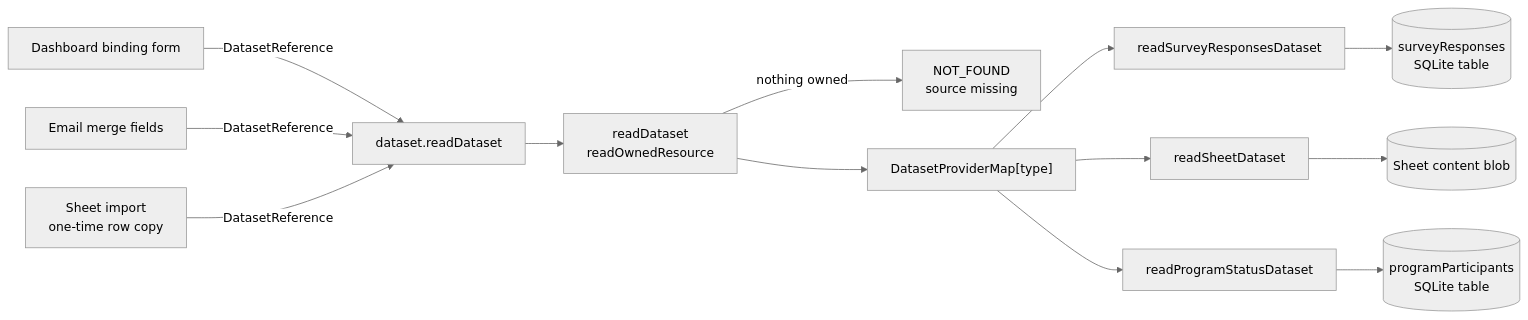
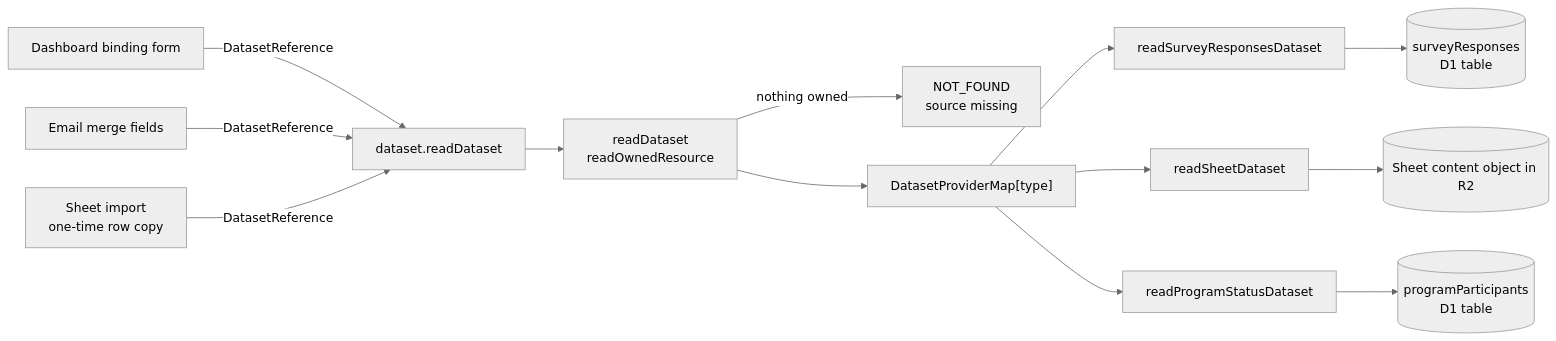
Before and after one commit to Esposter/Esposter: the diagram in openspec/specs/architecture/dataset/design.md, drawn with Mermaid (neutral theme). The commit also changed other lines of this file and 11 other files, not shown here.

````diff
--- a/openspec/specs/architecture/dataset/design.md
+++ b/openspec/specs/architecture/dataset/design.md
@@ -48,12 +48,12 @@
 ```mermaid
 flowchart LR
   DASH["Dashboard binding form"] -->|DatasetReference| RD["dataset.readDataset"]
   EMAIL["Email merge fields"] -->|DatasetReference| RD
   IMPORT["Sheet import<br/>one-time row copy"] -->|DatasetReference| RD
   RD --> OWN["readDataset<br/>readOwnedResource"]
   OWN -->|"nothing owned"| MISSING["NOT_FOUND<br/>source missing"]
   OWN --> MAP["DatasetProviderMap[type]"]
-  MAP --> SR["readSurveyResponsesDataset"] --> SRT[("surveyResponses<br/>SQLite table")]
-  MAP --> FR["readSheetDataset"] --> BLOB[("Sheet content blob")]
-  MAP --> PR["readProgramStatusDataset"] --> PT[("programParticipants<br/>SQLite table")]
+  MAP --> SR["readSurveyResponsesDataset"] --> SRT[("surveyResponses<br/>D1 table")]
+  MAP --> FR["readSheetDataset"] --> BLOB[("Sheet content object in R2")]
+  MAP --> PR["readProgramStatusDataset"] --> PT[("programParticipants<br/>D1 table")]
 ```
````
